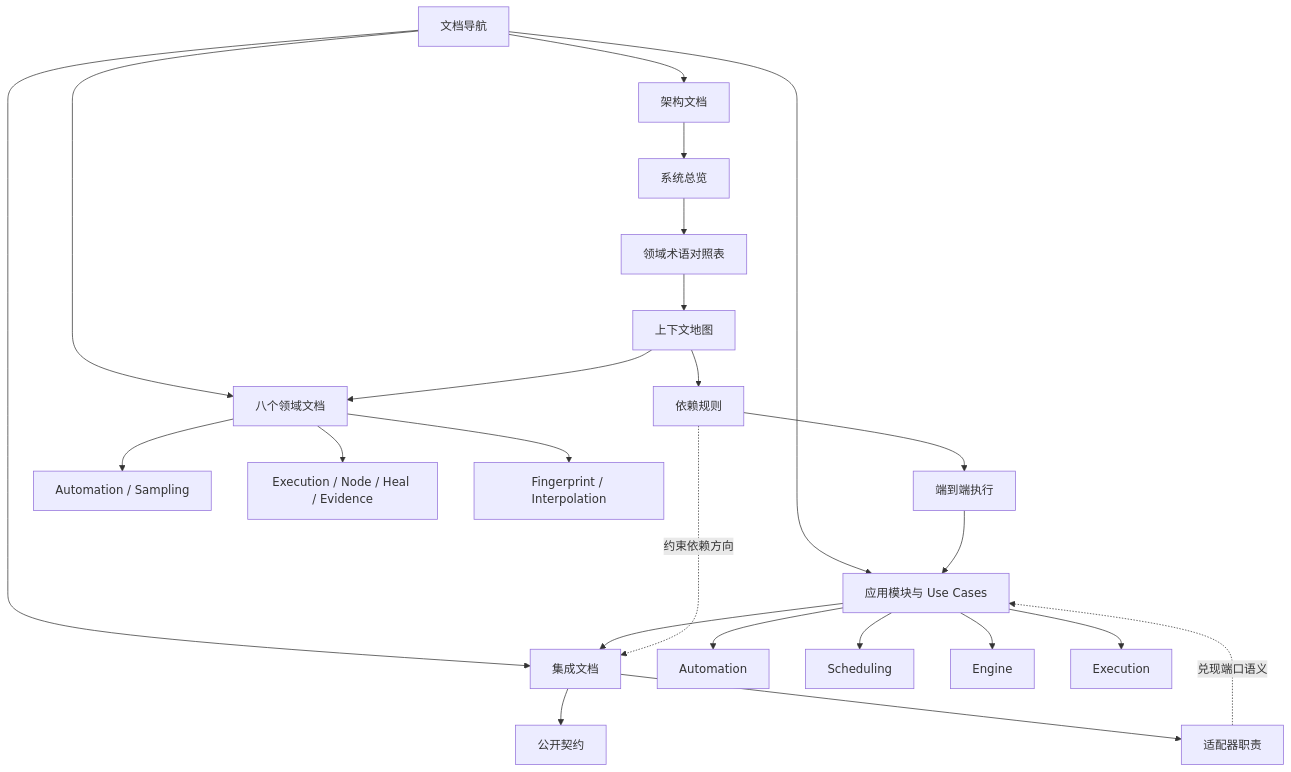
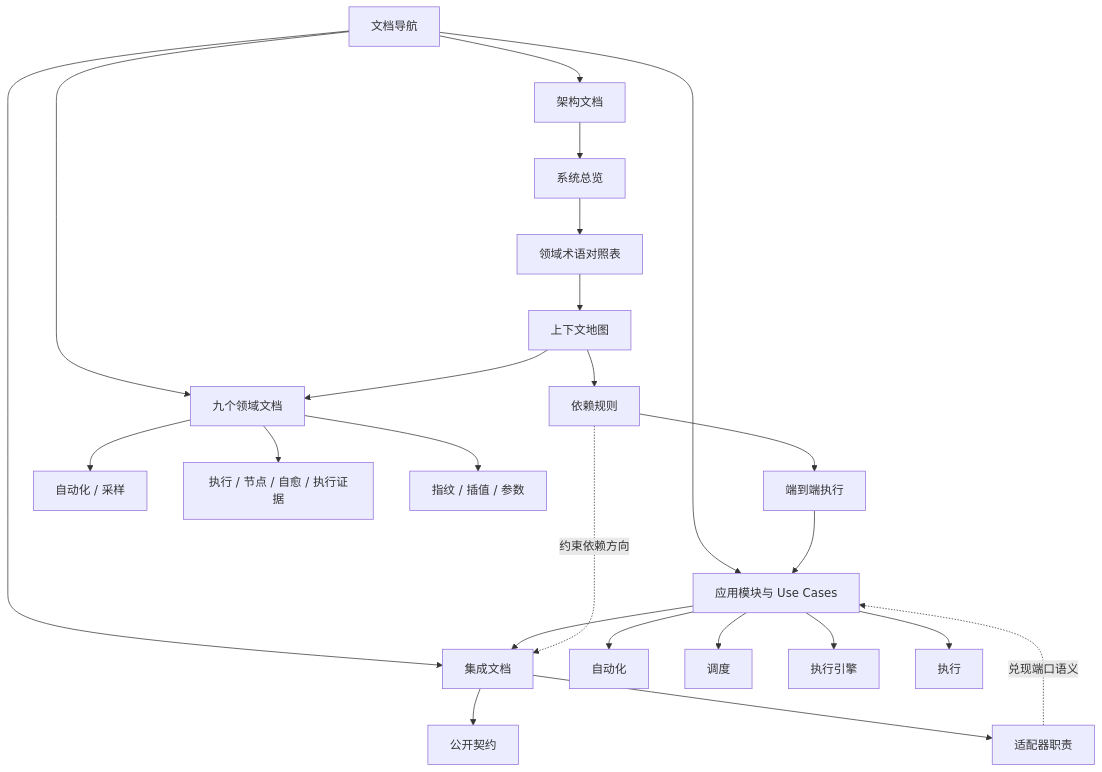
The diagram in docs/README.md (Capsule7446/healix-core), drawn with Mermaid before and after one commit. The commit also changed other lines of this file and 180 other files, not shown here.

````diff
--- a/docs/README.md
+++ b/docs/README.md
@@ -51,30 +51,30 @@
 ```mermaid
 flowchart TD
   Portal[文档导航] --> Architecture[架构文档]
-  Portal --> Domains[八个领域文档]
+  Portal --> Domains[九个领域文档]
   Portal --> Applications[应用模块与 Use Cases]
   Portal --> Integration[集成文档]
 
   Architecture --> Overview[系统总览]
   Overview --> Terminology[领域术语对照表]
   Terminology --> Context[上下文地图]
   Context --> Dependencies[依赖规则]
   Dependencies --> E2E[端到端执行]
 
   Context --> Domains
-  Domains --> AutomationDomain[Automation / Sampling]
-  Domains --> ExecutionDomain[Execution / Node / Heal / Evidence]
-  Domains --> SharedKernel[Fingerprint / Interpolation]
+  Domains --> AutomationDomain[自动化 / 采样]
+  Domains --> ExecutionDomain[执行 / 节点 / 自愈 / 执行证据]
+  Domains --> SharedKernel[指纹 / 插值 / 参数]
 
   E2E --> Applications
-  Applications --> AutomationApp[Automation]
-  Applications --> SchedulingApp[Scheduling]
-  Applications --> EngineApp[Engine]
-  Applications --> ExecutionApp[Execution]
+  Applications --> AutomationApp[自动化]
+  Applications --> SchedulingApp[调度]
+  Applications --> EngineApp[执行引擎]
+  Applications --> ExecutionApp[执行]
 
   Applications --> Integration
   Integration --> PublicContract[公开契约]
   Integration --> AdapterResponsibilities[适配器职责]
   AdapterResponsibilities -.兑现端口语义.-> Applications
   Dependencies -.约束依赖方向.-> Integration
 ```
````
